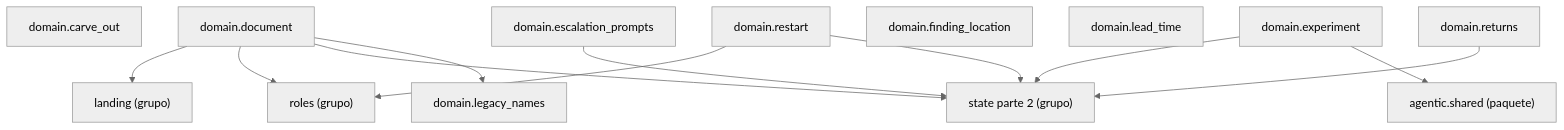
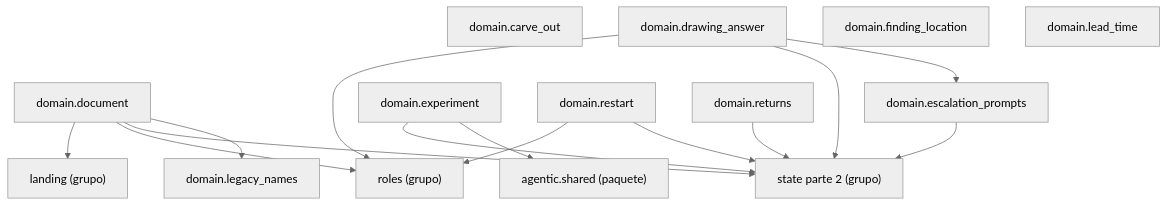
One commit to GonzaloZevallos/agentic-system changed the diagram in docs/architecture/generated/packages-process-domain-state-1.md. Above: the diagram before and after it, drawn with Mermaid (neutral theme). The commit also changed 9 other files, not shown here.

First line of the commit message:
Place drawing_answer in the state cluster and regenerate the docs

````diff
--- a/docs/architecture/generated/packages-process-domain-state-1.md
+++ b/docs/architecture/generated/packages-process-domain-state-1.md
@@ -12,26 +12,30 @@
 ```mermaid
 graph TD
     g_domain__landing["landing (grupo)"]
     g_domain__roles["roles (grupo)"]
     g_domain__state__2["state parte 2 (grupo)"]
     g_pkg__agentic__shared["agentic.shared (paquete)"]
     m_domain__carve_out["domain.carve_out"]
     m_domain__document["domain.document"]
+    m_domain__drawing_answer["domain.drawing_answer"]
     m_domain__escalation_prompts["domain.escalation_prompts"]
     m_domain__experiment["domain.experiment"]
     m_domain__finding_location["domain.finding_location"]
     m_domain__lead_time["domain.lead_time"]
     m_domain__legacy_names["domain.legacy_names"]
     m_domain__restart["domain.restart"]
     m_domain__returns["domain.returns"]
     m_domain__document --> g_domain__landing
     m_domain__document --> g_domain__roles
     m_domain__document --> g_domain__state__2
     m_domain__document --> m_domain__legacy_names
+    m_domain__drawing_answer --> g_domain__roles
+    m_domain__drawing_answer --> g_domain__state__2
+    m_domain__drawing_answer --> m_domain__escalation_prompts
     m_domain__escalation_prompts --> g_domain__state__2
     m_domain__experiment --> g_domain__state__2
     m_domain__experiment --> g_pkg__agentic__shared
     m_domain__restart --> g_domain__roles
     m_domain__restart --> g_domain__state__2
     m_domain__returns --> g_domain__state__2
 ```
````
